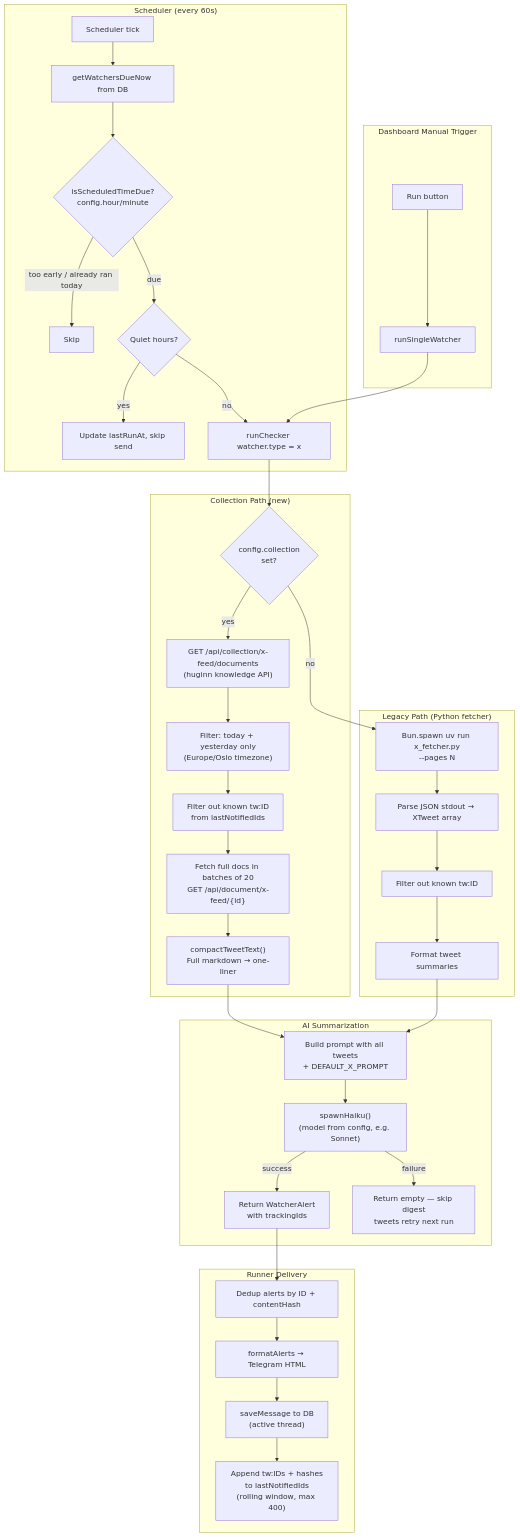
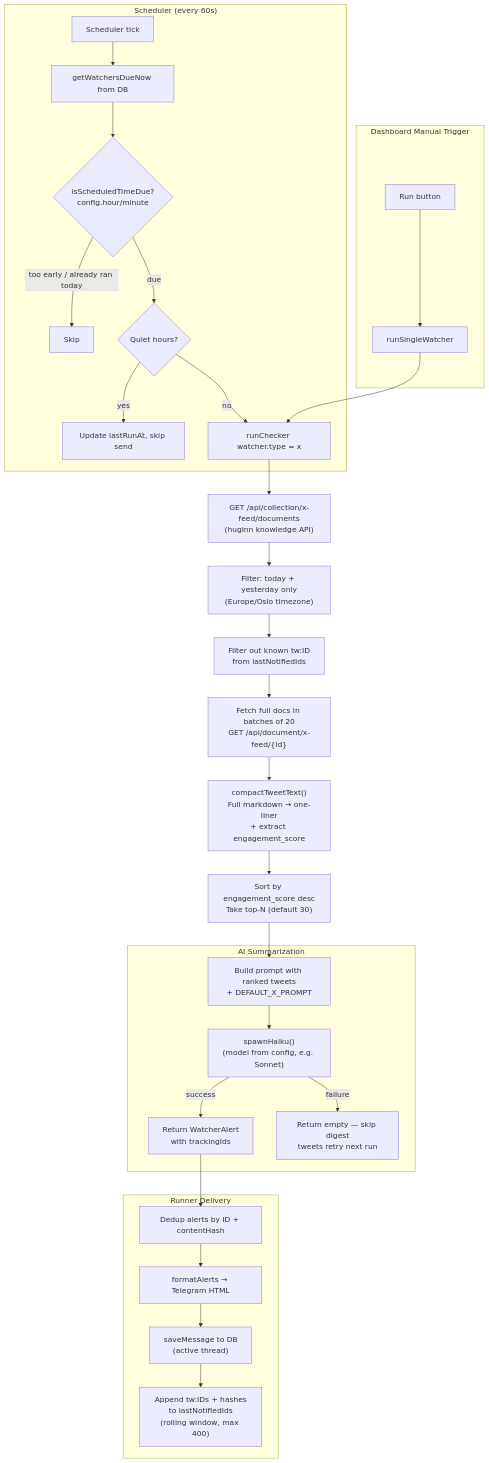
The first of 3 diagrams in src/watchers/README.md (RuneLind/muninn), drawn with Mermaid before and after one commit. The commit also changed other lines of this file and 3 other files, not shown here.

First line of the commit message:
Add tweet engagement and relevance ranking to X watcher (#53)

````diff
--- a/src/watchers/README.md
+++ b/src/watchers/README.md
@@ -7,51 +7,40 @@
 ```mermaid
 flowchart TD
     subgraph Scheduler["Scheduler (every 60s)"]
         TICK[Scheduler tick] --> DUE[getWatchersDueNow from DB]
         DUE --> TIME{isScheduledTimeDue?<br/>config.hour/minute}
         TIME -->|too early / already ran today| SKIP[Skip]
         TIME -->|due| QUIET{Quiet hours?}
         QUIET -->|yes| MARKONLY[Update lastRunAt, skip send]
         QUIET -->|no| RUN
     end
 
     subgraph Manual["Dashboard Manual Trigger"]
         BUTTON["Run button"] --> RUNMAN[runSingleWatcher]
         RUNMAN --> RUN
     end
 
     RUN[runChecker watcher.type = x]
 
-    RUN --> SWITCH{config.collection<br/>set?}
+    RUN --> LIST["GET /api/collection/x-feed/documents<br/>(huginn knowledge API)"]
+    LIST --> DATEFILTER["Filter: today + yesterday only<br/>(Europe/Oslo timezone)"]
+    DATEFILTER --> DEDUP1["Filter out known tw:ID<br/>from lastNotifiedIds"]
+    DEDUP1 --> FETCH["Fetch full docs in batches of 20<br/>GET /api/document/x-feed/{id}"]
+    FETCH --> COMPACT["compactTweetText()<br/>Full markdown → one-liner<br/>+ extract engagement_score"]
+    COMPACT --> RANK["Sort by engagement_score desc<br/>Take top-N (default 30)"]
 
-    subgraph Collection["Collection Path (new)"]
-        SWITCH -->|yes| LIST["GET /api/collection/x-feed/documents<br/>(huginn knowledge API)"]
-        LIST --> DATEFILTER["Filter: today + yesterday only<br/>(Europe/Oslo timezone)"]
-        DATEFILTER --> DEDUP1["Filter out known tw:ID<br/>from lastNotifiedIds"]
-        DEDUP1 --> FETCH["Fetch full docs in batches of 20<br/>GET /api/document/x-feed/{id}"]
-        FETCH --> COMPACT["compactTweetText()<br/>Full markdown → one-liner"]
-    end
-
-    subgraph Legacy["Legacy Path (Python fetcher)"]
-        SWITCH -->|no| SPAWN["Bun.spawn uv run x_fetcher.py<br/>--pages N"]
-        SPAWN --> PARSE[Parse JSON stdout → XTweet array]
-        PARSE --> DEDUP2["Filter out known tw:ID"]
-        DEDUP2 --> FORMAT[Format tweet summaries]
-    end
-
-    COMPACT --> PROMPT
-    FORMAT --> PROMPT
+    RANK --> PROMPT
 
     subgraph Summarize["AI Summarization"]
-        PROMPT["Build prompt with all tweets<br/>+ DEFAULT_X_PROMPT"] --> MODEL["spawnHaiku()<br/>(model from config, e.g. Sonnet)"]
+        PROMPT["Build prompt with ranked tweets<br/>+ DEFAULT_X_PROMPT"] --> MODEL["spawnHaiku()<br/>(model from config, e.g. Sonnet)"]
         MODEL -->|success| ALERT["Return WatcherAlert<br/>with trackingIds"]
         MODEL -->|failure| DROP["Return empty — skip digest<br/>tweets retry next run"]
     end
 
     subgraph Deliver["Runner Delivery"]
         ALERT --> RUNDEDUP["Dedup alerts by ID + contentHash"]
         RUNDEDUP --> SEND["formatAlerts → Telegram HTML"]
         SEND --> SAVE["saveMessage to DB<br/>(active thread)"]
         SAVE --> TRACK["Append tw:IDs + hashes<br/>to lastNotifiedIds<br/>(rolling window, max 400)"]
     end
 ```
````
